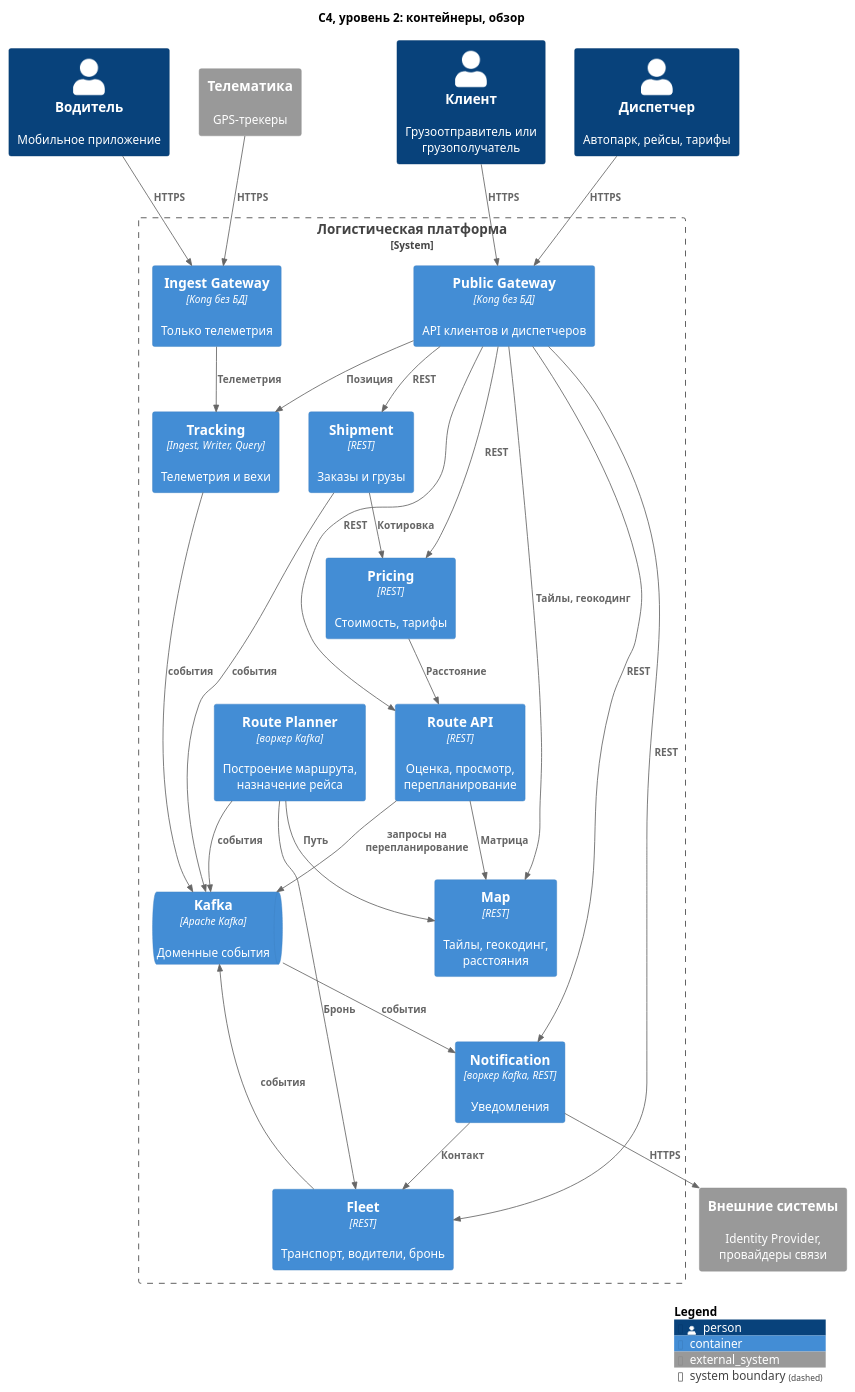
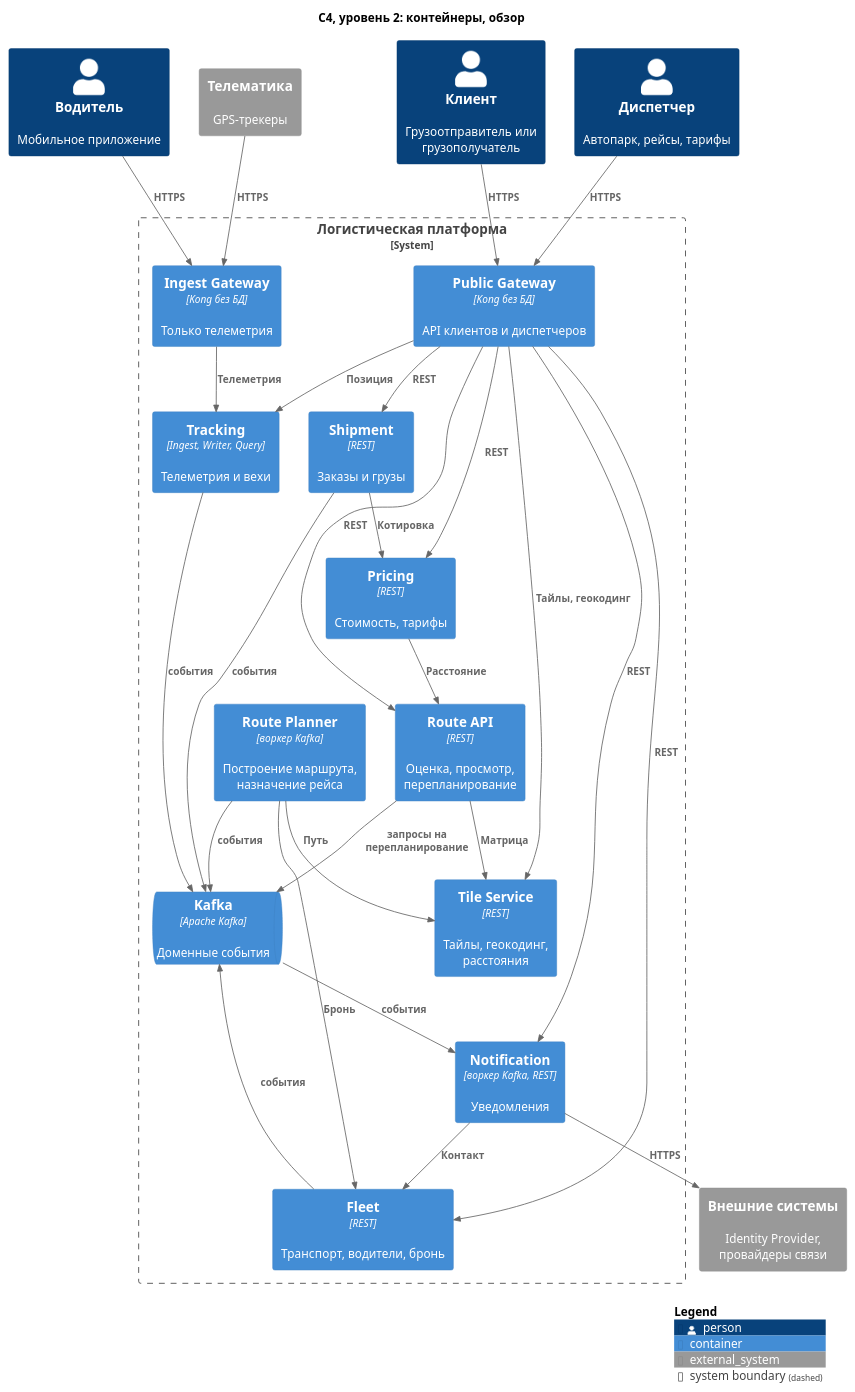
One commit to Yagiar/MicroservicesItmo changed the diagram in 1_lab/diagrams/c4-container.puml. Above: the diagram before and after it, drawn with PlantUML. The commit also changed 11 other files, not shown here.

First line of the commit message:
Refactor documentation and diagrams for Tile Service

```diff
--- a/1_lab/diagrams/c4-container.puml
+++ b/1_lab/diagrams/c4-container.puml
@@ -1,61 +1,61 @@
 @startuml c4-container
 !include <C4/C4_Container>
 
 title C4, уровень 2: контейнеры, обзор
 
 ' Обзорная схема: только контейнеры и направления вызовов.
 ' Хранилища, топики и детали раскрыты во фрагментах c4-container-*.puml
 
 Person(customer, "Клиент", "Грузоотправитель или грузополучатель")
 Person(dispatcher, "Диспетчер", "Автопарк, рейсы, тарифы")
 Person(driver, "Водитель", "Мобильное приложение")
 System_Ext(telematics, "Телематика", "GPS-трекеры")
 System_Ext(external, "Внешние системы", "Identity Provider, провайдеры связи")
 
 System_Boundary(platform, "Логистическая платформа") {
   Container(public_gw, "Public Gateway", "Kong без БД", "API клиентов и диспетчеров")
   Container(ingest_gw, "Ingest Gateway", "Kong без БД", "Только телеметрия")
 
   Container(shipment_svc, "Shipment", "REST", "Заказы и грузы")
   Container(pricing_svc, "Pricing", "REST", "Стоимость, тарифы")
   Container(route_api, "Route API", "REST", "Оценка, просмотр, перепланирование")
   Container(route_planner, "Route Planner", "воркер Kafka", "Построение маршрута, назначение рейса")
   Container(fleet_svc, "Fleet", "REST", "Транспорт, водители, бронь")
-  Container(map_svc, "Map", "REST", "Тайлы, геокодинг, расстояния")
+  Container(map_svc, "Tile Service", "REST", "Тайлы, геокодинг, расстояния")
   Container(tracking_svc, "Tracking", "Ingest, Writer, Query", "Телеметрия и вехи")
   Container(notification_svc, "Notification", "воркер Kafka, REST", "Уведомления")
 
   ContainerQueue(kafka, "Kafka", "Apache Kafka", "Доменные события")
 }
 
 Rel(customer, public_gw, "HTTPS")
 Rel(dispatcher, public_gw, "HTTPS")
 Rel(driver, ingest_gw, "HTTPS")
 Rel(telematics, ingest_gw, "HTTPS")
 
 Rel(public_gw, shipment_svc, "REST")
 Rel(public_gw, pricing_svc, "REST")
 Rel(public_gw, route_api, "REST")
 Rel(public_gw, fleet_svc, "REST")
 Rel(public_gw, map_svc, "Тайлы, геокодинг")
 Rel(public_gw, tracking_svc, "Позиция")
 Rel(public_gw, notification_svc, "REST")
 Rel(ingest_gw, tracking_svc, "Телеметрия")
 
 Rel(shipment_svc, pricing_svc, "Котировка")
 Rel(pricing_svc, route_api, "Расстояние")
 Rel(route_api, map_svc, "Матрица")
 Rel(route_planner, map_svc, "Путь")
 Rel(route_planner, fleet_svc, "Бронь")
 Rel(notification_svc, fleet_svc, "Контакт")
 Rel(notification_svc, external, "HTTPS")
 
 Rel(shipment_svc, kafka, "события")
 Rel(route_api, kafka, "запросы на перепланирование")
 Rel(route_planner, kafka, "события")
 Rel(fleet_svc, kafka, "события")
 Rel(tracking_svc, kafka, "события")
 Rel(kafka, notification_svc, "события")
 
 SHOW_LEGEND()
 @enduml
```
